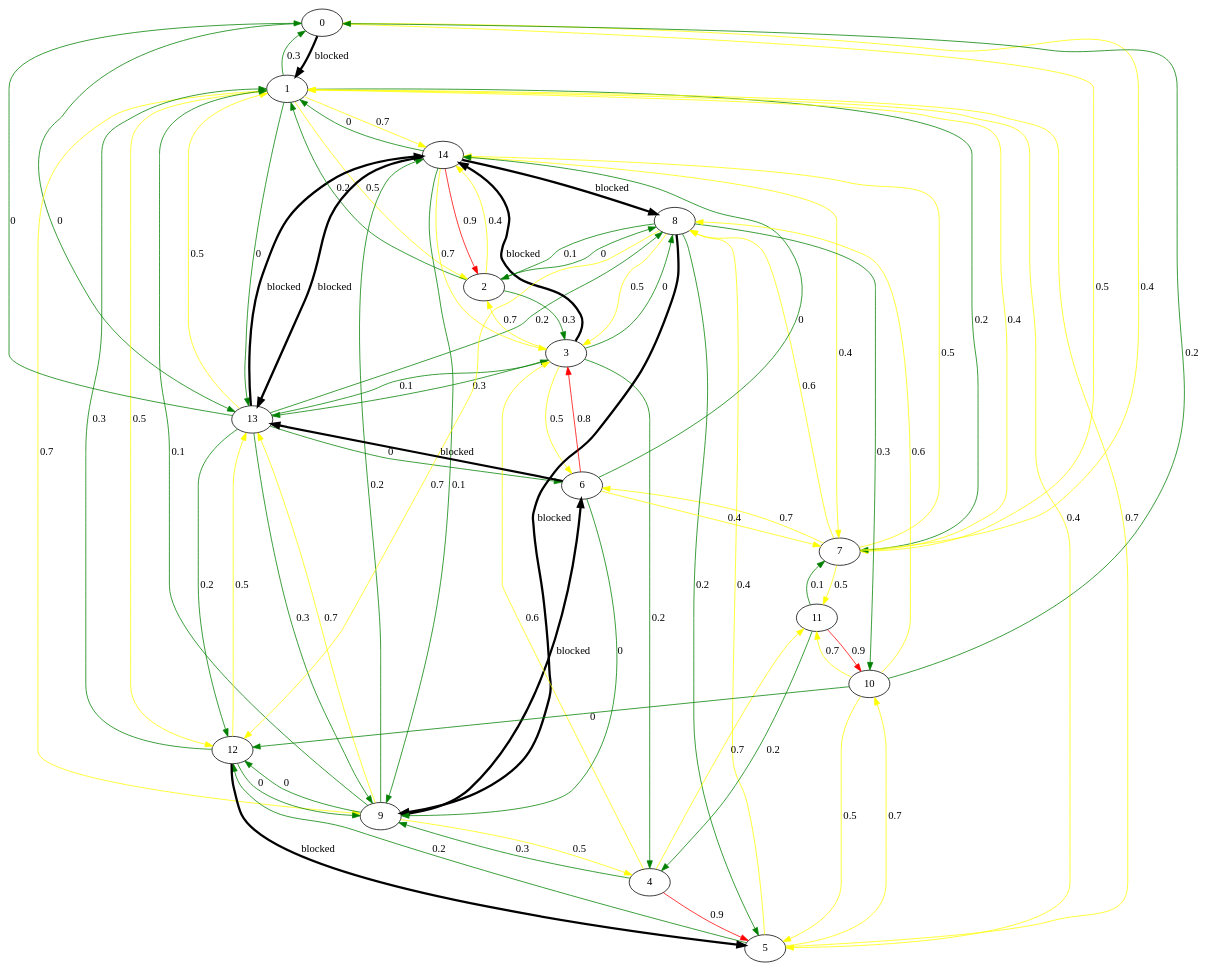
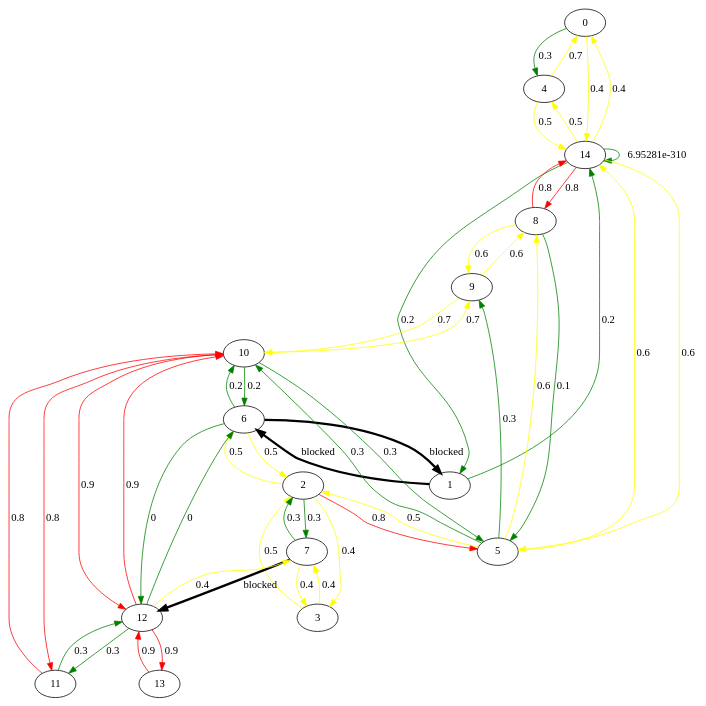
One commit to Code-with-ease/road-not-taken changed the diagram in output.dot. Above: the diagram before and after it, drawn with Graphviz. The commit also changed 3 other files, not shown here.

Commit message:
bidirectional graph

```diff
--- a/output.dot
+++ b/output.dot
@@ -1,81 +1,50 @@
 digraph Test {
-0 -> 1[label="blocked",color= black, penwidth="3"];
-0 -> 7[label="0.5",color= yellow, penwidth="1"];
-0 -> 13[label="0",color= green, penwidth="1"];
-1 -> 0[label="0.3",color= green, penwidth="1"];
-1 -> 2[label="0.5",color= yellow, penwidth="1"];
-1 -> 5[label="0.4",color= yellow, penwidth="1"];
-1 -> 7[label="0.2",color= green, penwidth="1"];
-1 -> 9[label="0.7",color= yellow, penwidth="1"];
-1 -> 12[label="0.5",color= yellow, penwidth="1"];
-1 -> 13[label="0",color= green, penwidth="1"];
-1 -> 14[label="0.7",color= yellow, penwidth="1"];
-2 -> 1[label="0.2",color= green, penwidth="1"];
-2 -> 3[label="0.3",color= green, penwidth="1"];
-2 -> 8[label="0",color= green, penwidth="1"];
-2 -> 14[label="0.4",color= yellow, penwidth="1"];
-3 -> 2[label="0.7",color= yellow, penwidth="1"];
-3 -> 4[label="0.2",color= green, penwidth="1"];
-3 -> 6[label="0.5",color= yellow, penwidth="1"];
-3 -> 8[label="0",color= green, penwidth="1"];
-3 -> 13[label="0.3",color= green, penwidth="1"];
-3 -> 14[label="blocked",color= black, penwidth="3"];
-4 -> 3[label="0.6",color= yellow, penwidth="1"];
-4 -> 5[label="0.9",color= red, penwidth="1"];
-4 -> 9[label="0.3",color= green, penwidth="1"];
-4 -> 11[label="0.7",color= yellow, penwidth="1"];
-5 -> 1[label="0.7",color= yellow, penwidth="1"];
-5 -> 8[label="0.4",color= yellow, penwidth="1"];
-5 -> 10[label="0.7",color= yellow, penwidth="1"];
-5 -> 12[label="0.2",color= green, penwidth="1"];
-6 -> 3[label="0.8",color= red, penwidth="1"];
-6 -> 7[label="0.4",color= yellow, penwidth="1"];
-6 -> 9[label="0",color= green, penwidth="1"];
-6 -> 13[label="blocked",color= black, penwidth="3"];
-6 -> 14[label="0",color= green, penwidth="1"];
-7 -> 0[label="0.4",color= yellow, penwidth="1"];
-7 -> 1[label="0.4",color= yellow, penwidth="1"];
-7 -> 6[label="0.7",color= yellow, penwidth="1"];
-7 -> 8[label="0.6",color= yellow, penwidth="1"];
-7 -> 11[label="0.5",color= yellow, penwidth="1"];
-7 -> 14[label="0.5",color= yellow, penwidth="1"];
-8 -> 2[label="0.1",color= green, penwidth="1"];
-8 -> 3[label="0.5",color= yellow, penwidth="1"];
-8 -> 5[label="0.2",color= green, penwidth="1"];
-8 -> 9[label="blocked",color= black, penwidth="3"];
-8 -> 10[label="0.3",color= green, penwidth="1"];
-8 -> 12[label="0.7",color= yellow, penwidth="1"];
-9 -> 1[label="0.1",color= green, penwidth="1"];
-9 -> 4[label="0.5",color= yellow, penwidth="1"];
-9 -> 6[label="blocked",color= black, penwidth="3"];
-9 -> 12[label="0",color= green, penwidth="1"];
-9 -> 13[label="0.7",color= yellow, penwidth="1"];
-9 -> 14[label="0.2",color= green, penwidth="1"];
-10 -> 0[label="0.2",color= green, penwidth="1"];
-10 -> 5[label="0.5",color= yellow, penwidth="1"];
-10 -> 8[label="0.6",color= yellow, penwidth="1"];
-10 -> 11[label="0.7",color= yellow, penwidth="1"];
-10 -> 12[label="0",color= green, penwidth="1"];
-11 -> 4[label="0.2",color= green, penwidth="1"];
-11 -> 7[label="0.1",color= green, penwidth="1"];
-11 -> 10[label="0.9",color= red, penwidth="1"];
-12 -> 1[label="0.3",color= green, penwidth="1"];
-12 -> 5[label="blocked",color= black, penwidth="3"];
-12 -> 9[label="0",color= green, penwidth="1"];
-12 -> 13[label="0.5",color= yellow, penwidth="1"];
-13 -> 0[label="0",color= green, penwidth="1"];
-13 -> 1[label="0.5",color= yellow, penwidth="1"];
-13 -> 3[label="0.1",color= green, penwidth="1"];
-13 -> 6[label="0",color= green, penwidth="1"];
-13 -> 8[label="0.2",color= green, penwidth="1"];
-13 -> 9[label="0.3",color= green, penwidth="1"];
-13 -> 12[label="0.2",color= green, penwidth="1"];
-13 -> 14[label="blocked",color= black, penwidth="3"];
-14 -> 1[label="0",color= green, penwidth="1"];
-14 -> 2[label="0.9",color= red, penwidth="1"];
-14 -> 3[label="0.7",color= yellow, penwidth="1"];
-14 -> 7[label="0.4",color= yellow, penwidth="1"];
-14 -> 8[label="blocked",color= black, penwidth="3"];
-14 -> 9[label="0.1",color= green, penwidth="1"];
-14 -> 13[label="blocked",color= black, penwidth="3"];
+0 -> 4[label="0.3",color= green, penwidth="1"];
+0 -> 14[label="0.4",color= yellow, penwidth="1"];
+1 -> 6[label="blocked",color= black, penwidth="3"];
+1 -> 14[label="0.2",color= green, penwidth="1"];
+2 -> 3[label="0.4",color= yellow, penwidth="1"];
+2 -> 5[label="0.8",color= red, penwidth="1"];
+2 -> 6[label="0.5",color= yellow, penwidth="1"];
+2 -> 7[label="0.3",color= green, penwidth="1"];
+3 -> 2[label="0.5",color= yellow, penwidth="1"];
+3 -> 7[label="0.4",color= yellow, penwidth="1"];
+4 -> 0[label="0.7",color= yellow, penwidth="1"];
+4 -> 14[label="0.5",color= yellow, penwidth="1"];
+5 -> 2[label="0.5",color= yellow, penwidth="1"];
+5 -> 8[label="0.6",color= yellow, penwidth="1"];
+5 -> 9[label="0.3",color= green, penwidth="1"];
+5 -> 10[label="0.3",color= green, penwidth="1"];
+5 -> 14[label="0.6",color= yellow, penwidth="1"];
+6 -> 1[label="blocked",color= black, penwidth="3"];
+6 -> 2[label="0.5",color= yellow, penwidth="1"];
+6 -> 10[label="0.2",color= green, penwidth="1"];
+6 -> 12[label="0",color= green, penwidth="1"];
+7 -> 2[label="0.3",color= green, penwidth="1"];
+7 -> 3[label="0.4",color= yellow, penwidth="1"];
+7 -> 12[label="blocked",color= black, penwidth="3"];
+8 -> 5[label="0.1",color= green, penwidth="1"];
+8 -> 9[label="0.6",color= yellow, penwidth="1"];
+8 -> 14[label="0.8",color= red, penwidth="1"];
+9 -> 8[label="0.6",color= yellow, penwidth="1"];
+9 -> 10[label="0.7",color= yellow, penwidth="1"];
+10 -> 5[label="0.3",color= green, penwidth="1"];
+10 -> 6[label="0.2",color= green, penwidth="1"];
+10 -> 9[label="0.7",color= yellow, penwidth="1"];
+10 -> 11[label="0.8",color= red, penwidth="1"];
+10 -> 12[label="0.9",color= red, penwidth="1"];
+11 -> 10[label="0.8",color= red, penwidth="1"];
+11 -> 12[label="0.3",color= green, penwidth="1"];
+12 -> 6[label="0",color= green, penwidth="1"];
+12 -> 7[label="0.4",color= yellow, penwidth="1"];
+12 -> 10[label="0.9",color= red, penwidth="1"];
+12 -> 11[label="0.3",color= green, penwidth="1"];
+12 -> 13[label="0.9",color= red, penwidth="1"];
+13 -> 12[label="0.9",color= red, penwidth="1"];
+14 -> 0[label="0.4",color= yellow, penwidth="1"];
+14 -> 1[label="0.2",color= green, penwidth="1"];
+14 -> 4[label="0.5",color= yellow, penwidth="1"];
+14 -> 5[label="0.6",color= yellow, penwidth="1"];
+14 -> 8[label="0.8",color= red, penwidth="1"];
+14 -> 14[label="6.95281e-310",color= green, penwidth="1"];
 }
```
